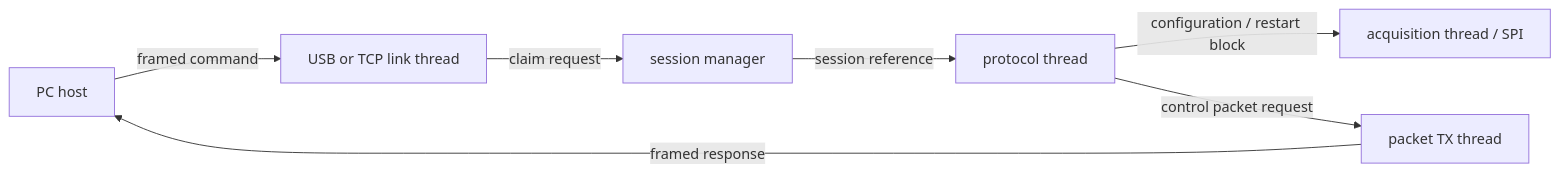
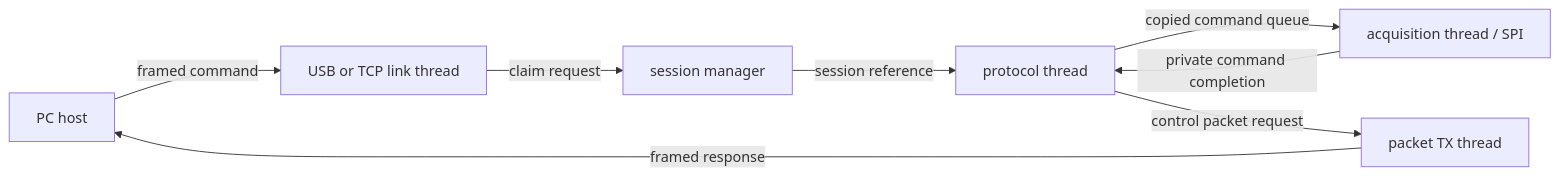
Before and after one commit to Sergio5714/wulpus-pro: the second of 4 diagrams in fw/esp32/docs/firmware_architecture.md, drawn with Mermaid. The commit also changed other lines of this file and 15 other files, not shown here.

````diff
--- a/fw/esp32/docs/firmware_architecture.md
+++ b/fw/esp32/docs/firmware_architecture.md
@@ -95,9 +95,10 @@
 ```mermaid
 flowchart LR
     HOST[PC host] -->|framed command| LINK[USB or TCP link thread]
     LINK -->|claim request| SESSION[session manager]
     SESSION -->|session reference| PROTO[protocol thread]
-    PROTO -->|configuration / restart block| SPI[acquisition thread / SPI]
+    PROTO -->|copied command queue| SPI[acquisition thread / SPI]
+    SPI -->|private command completion| PROTO
     PROTO -->|control packet request| TX[packet TX thread]
     TX -->|framed response| HOST
 ```
````
